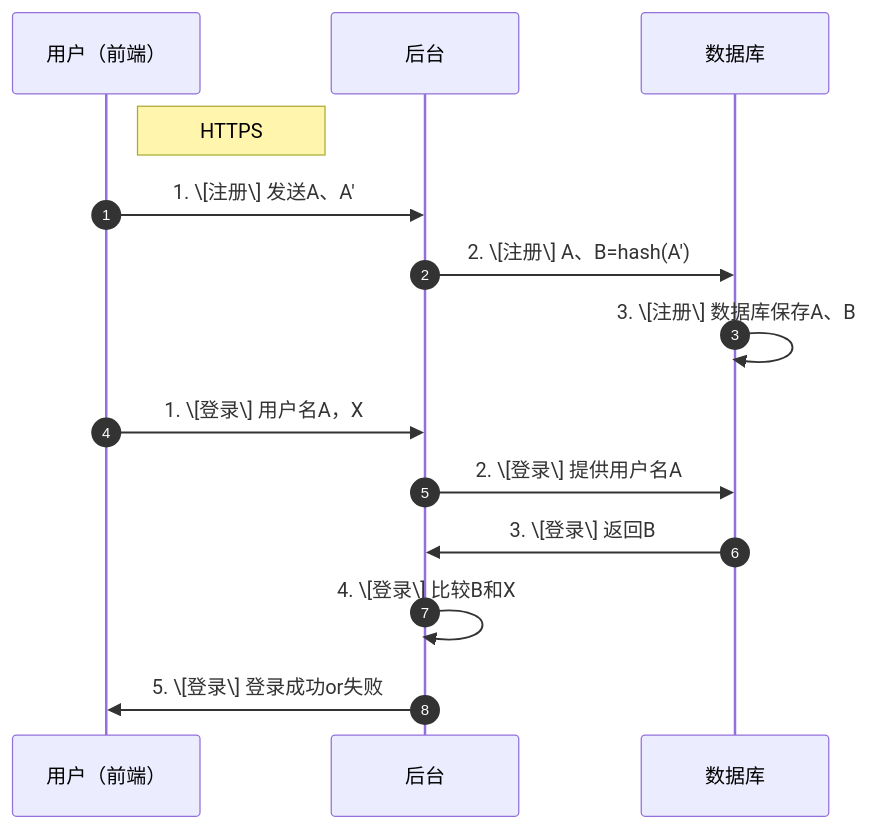
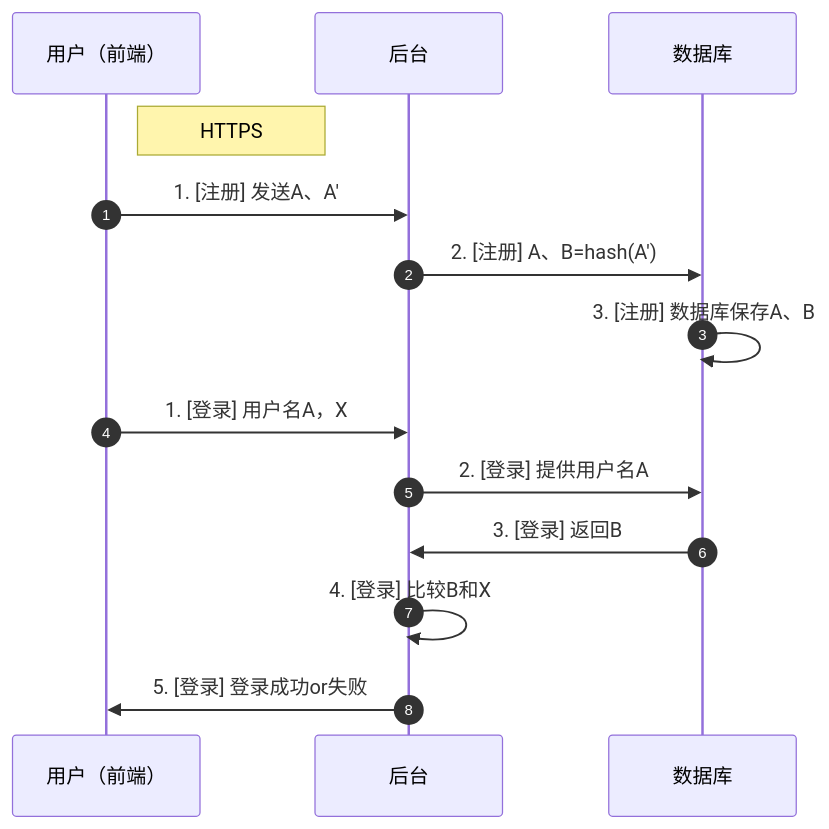
One commit to orangeboyChen/blog changed the second of 8 diagrams in src/content/posts/dev/passkey理论与开发入门/index.md. Above: the diagram before and after it, drawn with Mermaid. The commit also changed other lines of this file and 27 other files, not shown here.

````diff
--- a/src/content/posts/dev/passkey理论与开发入门/index.md
+++ b/src/content/posts/dev/passkey理论与开发入门/index.md
@@ -50,18 +51,18 @@
 ```mermaid
 sequenceDiagram
     autonumber
     participant 用户（前端）
     participant 后台
     participant 数据库
 
     Note right of 用户（前端）: HTTPS
-    用户（前端） ->> 后台: 1. \[注册\] 发送A、A'
-    后台 ->> 数据库: 2. \[注册\] A、B=hash(A')
-    数据库 ->> 数据库: 3. \[注册\] 数据库保存A、B
+    用户（前端） ->> 后台: 1. [注册] 发送A、A'
+    后台 ->> 数据库: 2. [注册] A、B=hash(A')
+    数据库 ->> 数据库: 3. [注册] 数据库保存A、B
 
-    用户（前端） ->> 后台: 1. \[登录\] 用户名A，X
-    后台 ->> 数据库: 2. \[登录\] 提供用户名A
-    数据库 ->> 后台: 3. \[登录\] 返回B
-    后台 ->> 后台: 4. \[登录\] 比较B和X
-    后台 ->> 用户（前端）: 5. \[登录\] 登录成功or失败
+    用户（前端） ->> 后台: 1. [登录] 用户名A，X
+    后台 ->> 数据库: 2. [登录] 提供用户名A
+    数据库 ->> 后台: 3. [登录] 返回B
+    后台 ->> 后台: 4. [登录] 比较B和X
+    后台 ->> 用户（前端）: 5. [登录] 登录成功or失败
 ```
````
